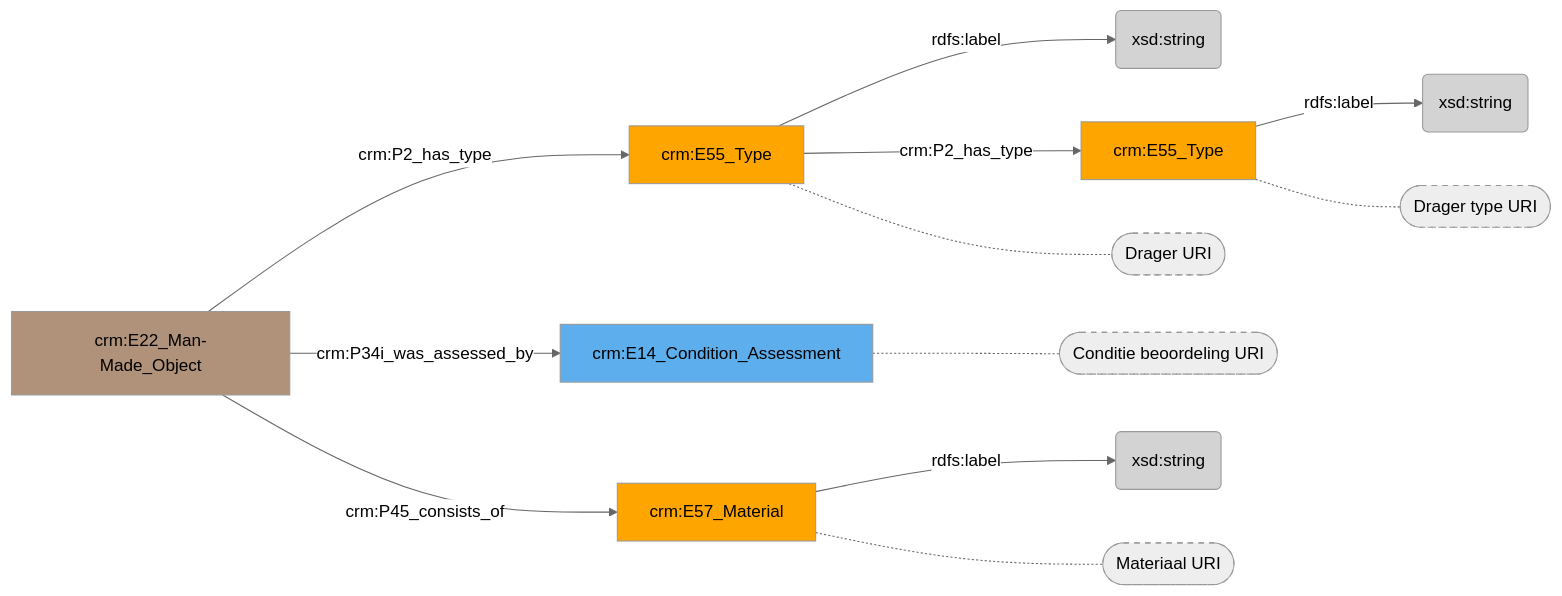
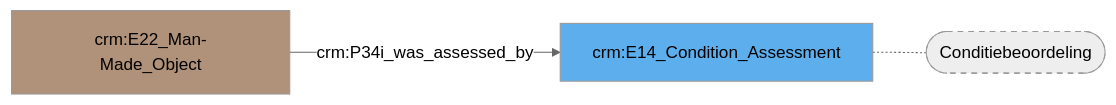
The diagram in docs/content/modellen/BibliographicalItem/FysiekeKenmerken.md (digipolisantwerpdocumentation/antwerp-cultureel-erfgoed), drawn with Mermaid (neutral theme) before and after one commit. The commit also changed 16 other files, not shown here.

````diff
--- a/docs/content/modellen/BibliographicalItem/FysiekeKenmerken.md
+++ b/docs/content/modellen/BibliographicalItem/FysiekeKenmerken.md
@@ -1,26 +1,8 @@
 ```mermaid
 graph LR
-97ac7060-4bbe-11ee-a9ac-00163e71351b["crm:E57_Material"]-->|"rdfs:label"|97ac7556-4bbe-11ee-a9ac-00163e71351b(xsd:string)
-fad22e52-6296-11ee-b0c4-00163e71351b["crm:E55_Type"]-->|"rdfs:label"|fad2387a-6296-11ee-b0c4-00163e71351b(xsd:string)
-fad23230-6296-11ee-b0c4-00163e71351b["crm:E55_Type"]-->|"rdfs:label"|fad23988-6296-11ee-b0c4-00163e71351b(xsd:string)
-099f196c-df80-11ed-9232-00163e71351b["crm:E22_Man-Made_Object"]-->|"crm:P2_has_type"|fad22e52-6296-11ee-b0c4-00163e71351b["crm:E55_Type"]
+style d0818f0c-62c4-11ee-b0c4-00163e71351b_s stroke-dasharray: 5
+style 099f196c-df80-11ed-9232-00163e71351b fill:#B0927A
+style d0818f0c-62c4-11ee-b0c4-00163e71351b fill:#5DAEEC
 099f196c-df80-11ed-9232-00163e71351b["crm:E22_Man-Made_Object"]-->|"crm:P34i_was_assessed_by"|d0818f0c-62c4-11ee-b0c4-00163e71351b["crm:E14_Condition_Assessment"]
-099f196c-df80-11ed-9232-00163e71351b["crm:E22_Man-Made_Object"]-->|"crm:P45_consists_of"|97ac7060-4bbe-11ee-a9ac-00163e71351b["crm:E57_Material"]
-fad22e52-6296-11ee-b0c4-00163e71351b["crm:E55_Type"]-->|"crm:P2_has_type"|fad23230-6296-11ee-b0c4-00163e71351b["crm:E55_Type"]
-fad22e52-6296-11ee-b0c4-00163e71351b["crm:E55_Type"]-.-fad22e52-6296-11ee-b0c4-00163e71351b_s(["Drager URI"])
-d0818f0c-62c4-11ee-b0c4-00163e71351b["crm:E14_Condition_Assessment"]-.-d0818f0c-62c4-11ee-b0c4-00163e71351b_s(["Conditie beoordeling URI"])
-97ac7060-4bbe-11ee-a9ac-00163e71351b["crm:E57_Material"]-.-97ac7060-4bbe-11ee-a9ac-00163e71351b_s(["Materiaal URI"])
-fad23230-6296-11ee-b0c4-00163e71351b["crm:E55_Type"]-.-fad23230-6296-11ee-b0c4-00163e71351b_s(["Drager type URI"])
-style fad22e52-6296-11ee-b0c4-00163e71351b_s stroke-dasharray: 5
-style d0818f0c-62c4-11ee-b0c4-00163e71351b_s stroke-dasharray: 5
-style 97ac7060-4bbe-11ee-a9ac-00163e71351b_s stroke-dasharray: 5
-style fad23230-6296-11ee-b0c4-00163e71351b_s stroke-dasharray: 5
-style 099f196c-df80-11ed-9232-00163e71351b fill:#B0927A
-style 97ac7060-4bbe-11ee-a9ac-00163e71351b fill:#ffa500
-style 97ac7556-4bbe-11ee-a9ac-00163e71351b fill:#D3D3D3
-style d0818f0c-62c4-11ee-b0c4-00163e71351b fill:#5DAEEC
-style fad22e52-6296-11ee-b0c4-00163e71351b fill:#ffa500
-style fad23230-6296-11ee-b0c4-00163e71351b fill:#ffa500
-style fad2387a-6296-11ee-b0c4-00163e71351b fill:#D3D3D3
-style fad23988-6296-11ee-b0c4-00163e71351b fill:#D3D3D3
+d0818f0c-62c4-11ee-b0c4-00163e71351b["crm:E14_Condition_Assessment"]-.-d0818f0c-62c4-11ee-b0c4-00163e71351b_s(["Conditiebeoordeling"])
 ```
````
